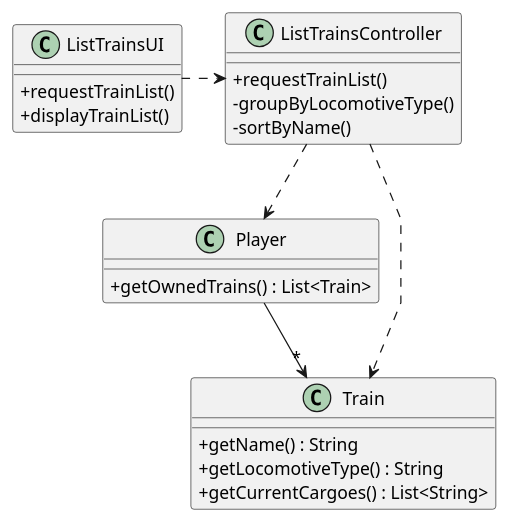
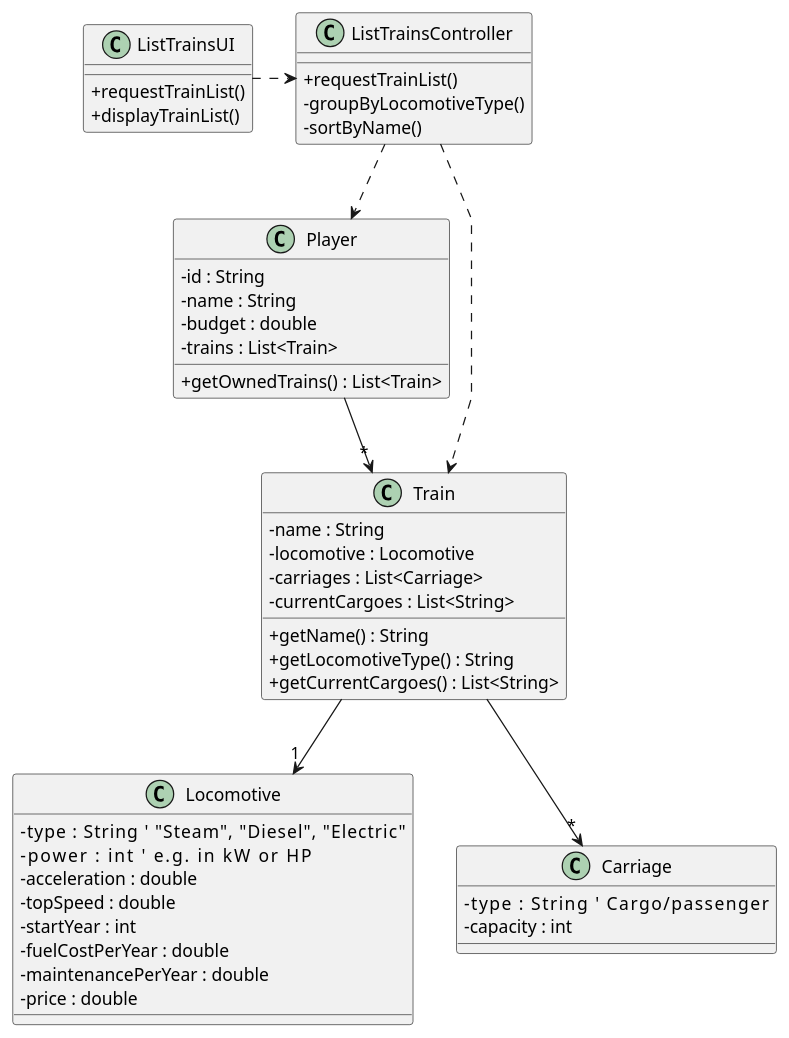
Before and after one commit to 1240826/empire-on-tracks: the diagram in docs/system-documentation/US011/03.design/puml/US011-CD.puml, drawn with PlantUML. The commit also changed 24 other files, not shown here.

```diff
--- a/docs/system-documentation/US011/03.design/puml/US011-CD.puml
+++ b/docs/system-documentation/US011/03.design/puml/US011-CD.puml
@@ -1,36 +1,62 @@
 @startuml
 skinparam packageStyle rectangle
 skinparam shadowing false
 skinparam classAttributeIconSize 0
 skinparam linetype polyline
 
 ' Domain classes
 class Player {
+    - id : String
+    - name : String
+    - budget : double
+    - trains : List<Train>
     + getOwnedTrains() : List<Train>
 }
 
 class Train {
+    - name : String
+    - locomotive : Locomotive
+    - carriages : List<Carriage>
+    - currentCargoes : List<String>
     + getName() : String
     + getLocomotiveType() : String
     + getCurrentCargoes() : List<String>
+}
+
+class Locomotive {
+    - type : String           ' "Steam", "Diesel", "Electric"
+    - power : int             ' e.g. in kW or HP
+    - acceleration : double
+    - topSpeed : double
+    - startYear : int
+    - fuelCostPerYear : double
+    - maintenancePerYear : double
+    - price : double
+}
+
+class Carriage {
+    - type : String           ' Cargo/passenger
+    - capacity : int
 }
 
 ' Application layer
 class ListTrainsUI {
     + requestTrainList()
     + displayTrainList()
 }
 
 class ListTrainsController {
     + requestTrainList()
     - groupByLocomotiveType()
     - sortByName()
 }
 
 ' Associations
 ListTrainsUI .> ListTrainsController
 ListTrainsController ..> Player
 ListTrainsController ..> Train
 Player --> "*" Train
+Train --> "1" Locomotive
+Train --> "*" Carriage
 
 @enduml
```
